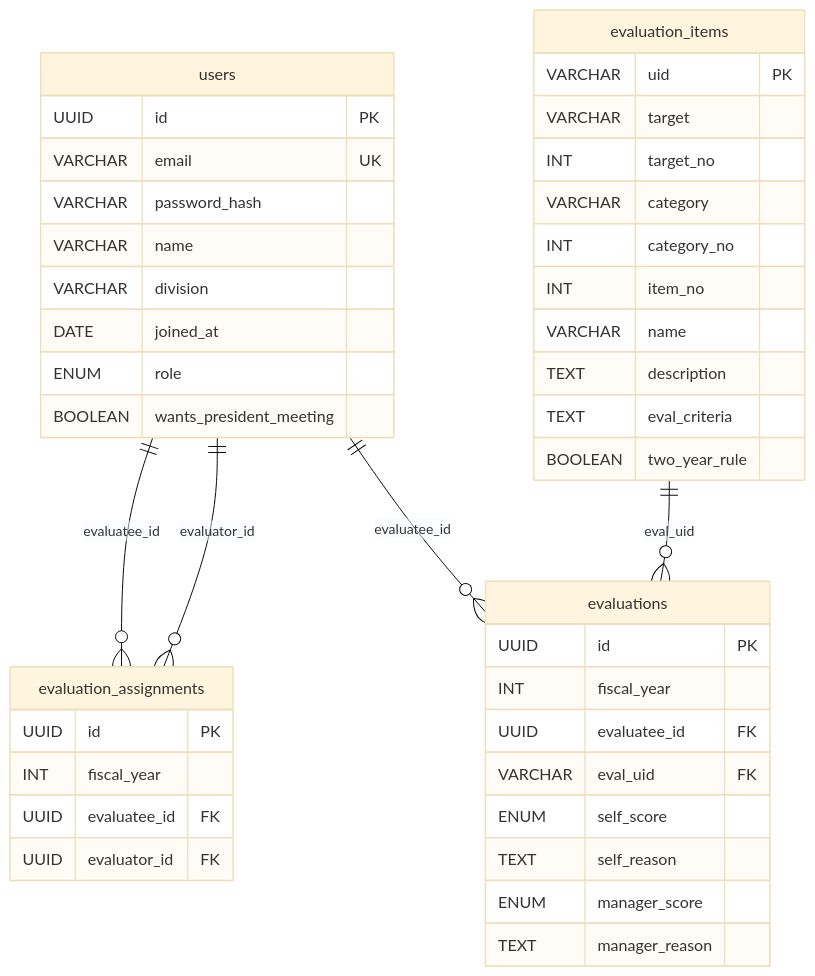
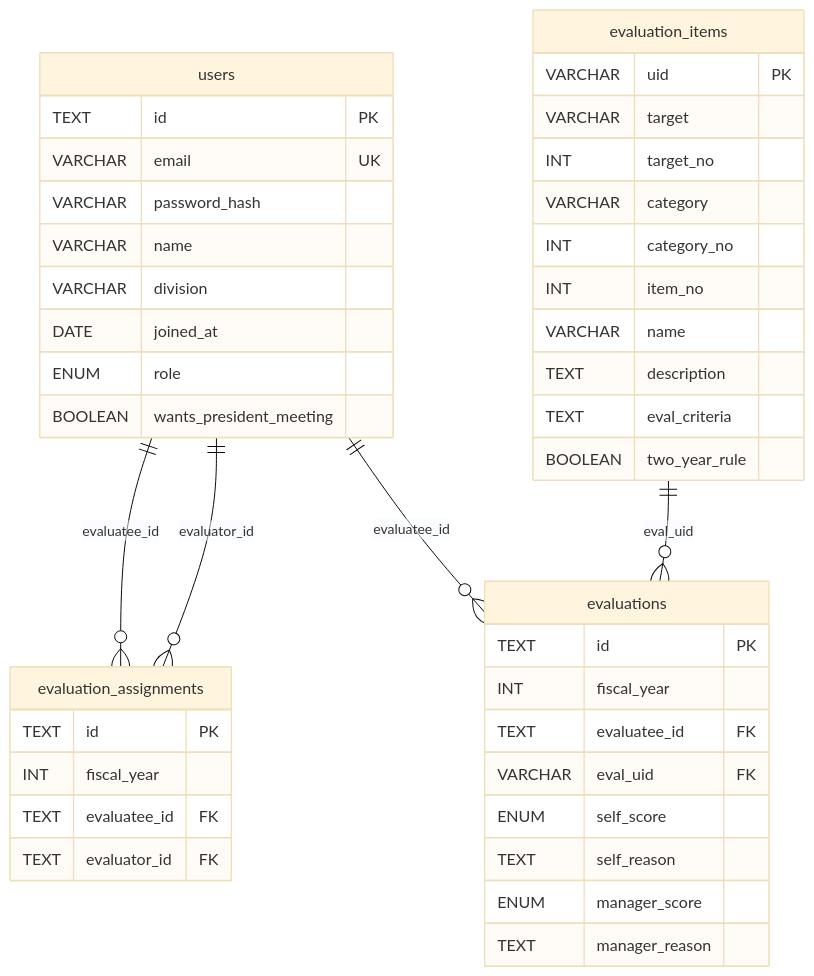
One commit to ot-nemoto/eval-hub changed the diagram in docs/schema.md. Above: the diagram before and after it, drawn with Mermaid (base theme). The commit also changed other lines of this file, not shown here.

Commit message:
fix: update schema.md to reflect TEXT type for uuid columns

````diff
--- a/docs/schema.md
+++ b/docs/schema.md
@@ -31,46 +31,46 @@
 ```mermaid
 erDiagram
     users {
-        UUID id PK
+        TEXT id PK
         VARCHAR email UK
         VARCHAR password_hash
         VARCHAR name
         VARCHAR division
         DATE joined_at
         ENUM role
         BOOLEAN wants_president_meeting
     }
     evaluation_assignments {
-        UUID id PK
+        TEXT id PK
         INT fiscal_year
-        UUID evaluatee_id FK
-        UUID evaluator_id FK
+        TEXT evaluatee_id FK
+        TEXT evaluator_id FK
     }
     evaluation_items {
         VARCHAR uid PK
         VARCHAR target
         INT target_no
         VARCHAR category
         INT category_no
         INT item_no
         VARCHAR name
         TEXT description
         TEXT eval_criteria
         BOOLEAN two_year_rule
     }
     evaluations {
-        UUID id PK
+        TEXT id PK
         INT fiscal_year
-        UUID evaluatee_id FK
+        TEXT evaluatee_id FK
         VARCHAR eval_uid FK
         ENUM self_score
         TEXT self_reason
         ENUM manager_score
         TEXT manager_reason
     }
 
     users ||--o{ evaluation_assignments : "evaluatee_id"
     users ||--o{ evaluation_assignments : "evaluator_id"
     users ||--o{ evaluations : "evaluatee_id"
     evaluation_items ||--o{ evaluations : "eval_uid"
 ```
````
